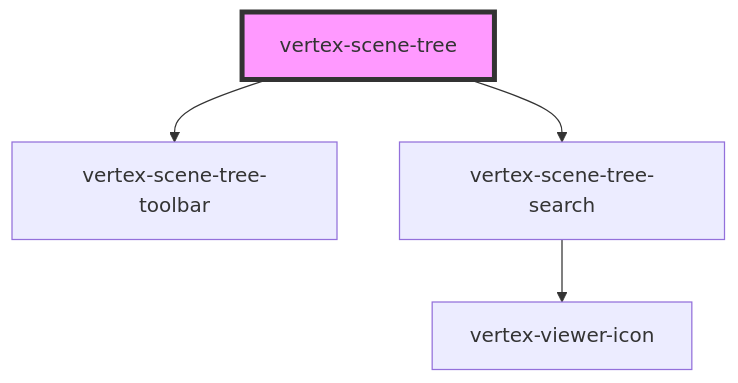
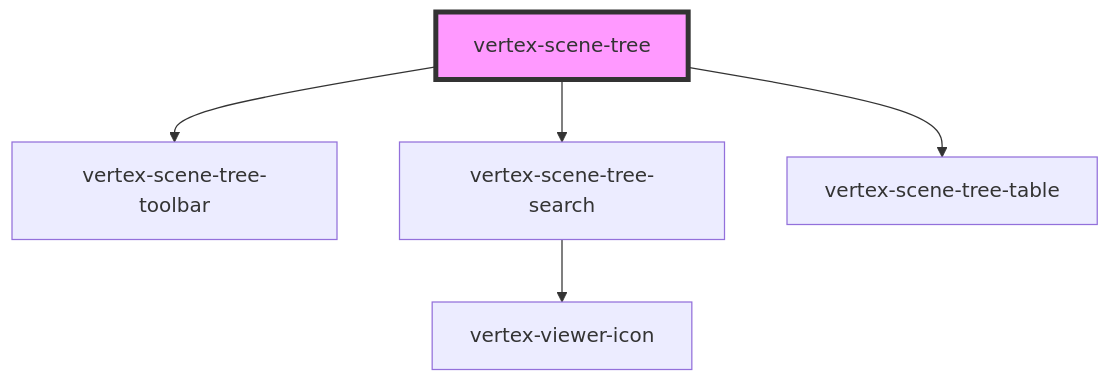
The diagram in packages/viewer/src/components/scene-tree/readme.md (Vertexvis/vertex-web-sdk), drawn with Mermaid before and after one commit. The commit also changed other lines of this file and 13 other files, not shown here.

````diff
--- a/packages/viewer/src/components/scene-tree/readme.md
+++ b/packages/viewer/src/components/scene-tree/readme.md
@@ -488,7 +489,8 @@
 ```mermaid
 graph TD;
   vertex-scene-tree --> vertex-scene-tree-toolbar
   vertex-scene-tree --> vertex-scene-tree-search
+  vertex-scene-tree --> vertex-scene-tree-table
   vertex-scene-tree-search --> vertex-viewer-icon
   style vertex-scene-tree fill:#f9f,stroke:#333,stroke-width:4px
 ```
````
